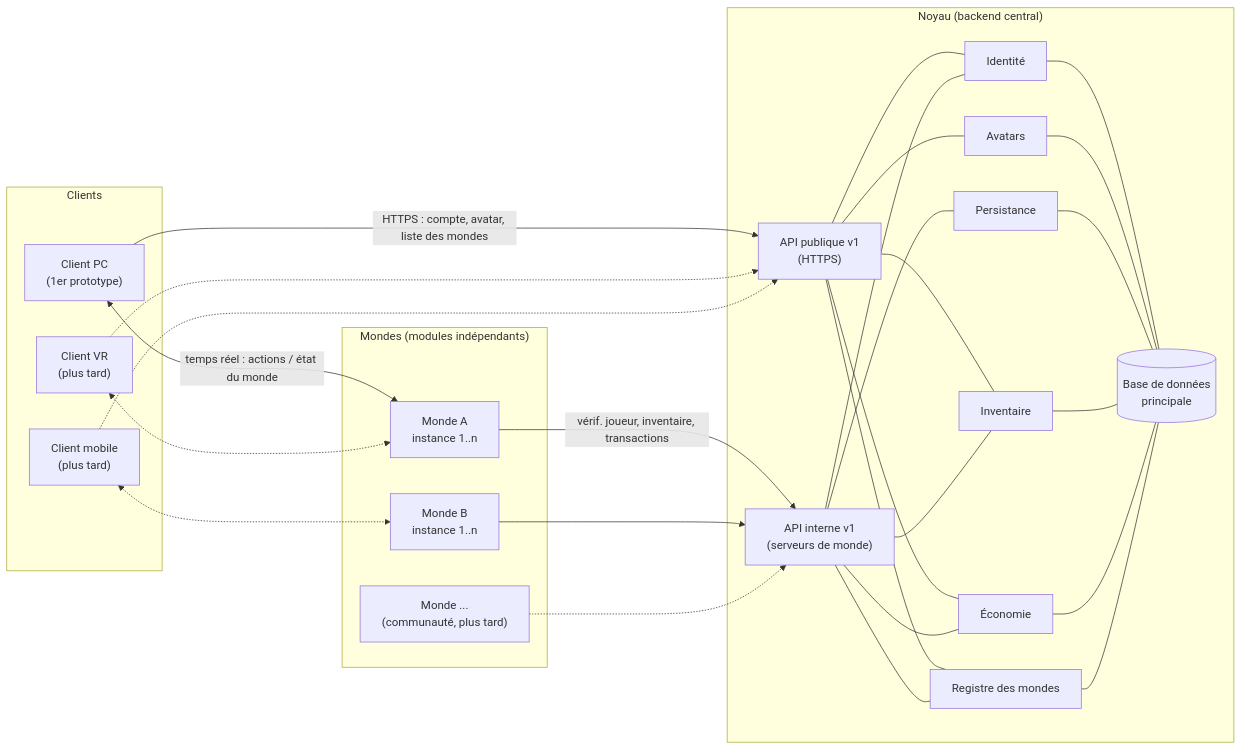
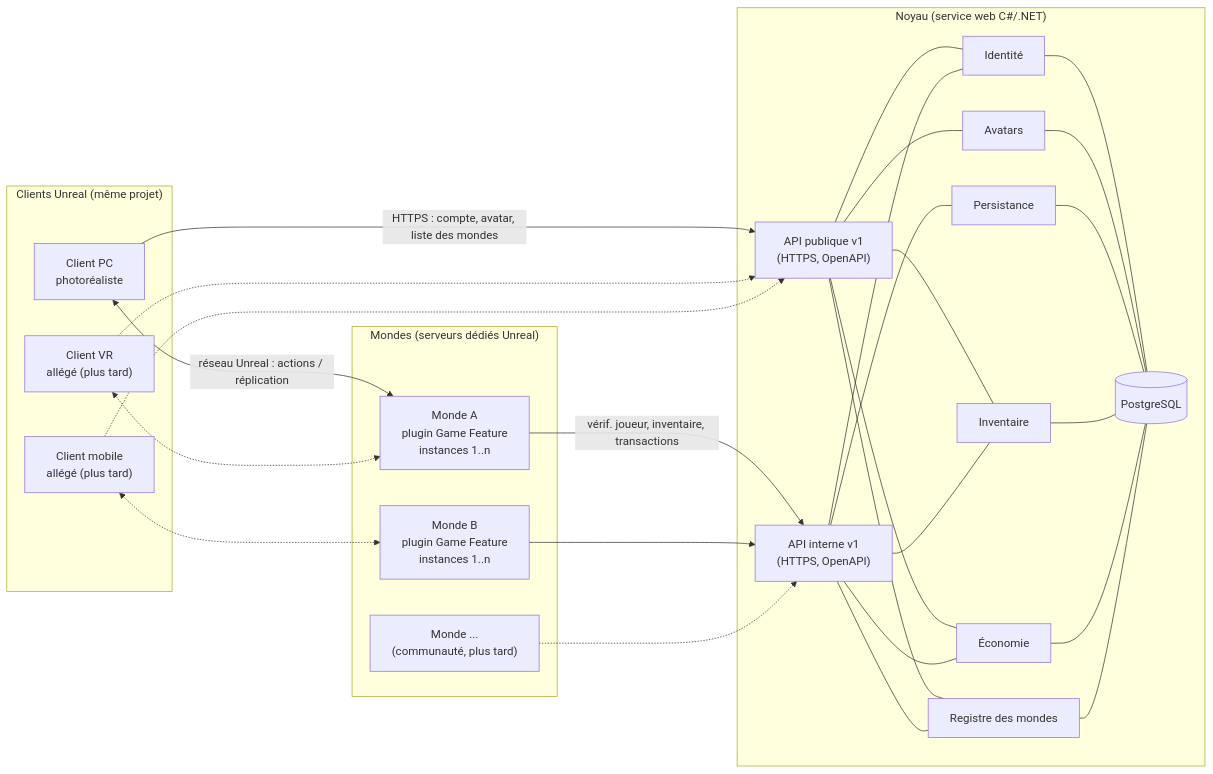
One commit to julien03000/Eudoria changed the first of 2 diagrams in docs/ARCHITECTURE.md. Above: the diagram before and after it, drawn with Mermaid. The commit also changed other lines of this file and 10 other files, not shown here.

First line of the commit message:
docs(phase-0): switch client engine to Unreal Engine 5

````diff
--- a/docs/ARCHITECTURE.md
+++ b/docs/ARCHITECTURE.md
@@ -71,42 +72,42 @@
 ```mermaid
 flowchart LR
-    subgraph Clients["Clients"]
-        PC["Client PC<br/>(1er prototype)"]
-        VR["Client VR<br/>(plus tard)"]
-        MOB["Client mobile<br/>(plus tard)"]
+    subgraph Clients["Clients Unreal (même projet)"]
+        PC["Client PC<br/>photoréaliste"]
+        VR["Client VR<br/>allégé (plus tard)"]
+        MOB["Client mobile<br/>allégé (plus tard)"]
     end
 
-    subgraph Noyau["Noyau (backend central)"]
-        API["API publique v1<br/>(HTTPS)"]
+    subgraph Noyau["Noyau (service web C#/.NET)"]
+        API["API publique v1<br/>(HTTPS, OpenAPI)"]
         ID["Identité"]
         AV["Avatars"]
         PERS["Persistance"]
         INV["Inventaire"]
         ECO["Économie"]
         REG["Registre des mondes"]
-        INT["API interne v1<br/>(serveurs de monde)"]
-        DB[("Base de données<br/>principale")]
+        INT["API interne v1<br/>(HTTPS, OpenAPI)"]
+        DB[("PostgreSQL")]
     end
 
-    subgraph Mondes["Mondes (modules indépendants)"]
-        W1["Monde A<br/>instance 1..n"]
-        W2["Monde B<br/>instance 1..n"]
+    subgraph Mondes["Mondes (serveurs dédiés Unreal)"]
+        W1["Monde A<br/>plugin Game Feature<br/>instances 1..n"]
+        W2["Monde B<br/>plugin Game Feature<br/>instances 1..n"]
         WN["Monde ...<br/>(communauté, plus tard)"]
     end
 
     PC -- "HTTPS : compte, avatar, liste des mondes" --> API
     VR -.-> API
     MOB -.-> API
 
-    PC <-- "temps réel : actions / état du monde" --> W1
+    PC <-- "réseau Unreal : actions / réplication" --> W1
     VR <-.-> W1
     MOB <-.-> W2
 
     API --- ID & AV & INV & ECO & REG
     ID & AV & PERS & INV & ECO & REG --- DB
 
     W1 -- "vérif. joueur, inventaire, transactions" --> INT
     W2 --> INT
     WN -.-> INT
     INT --- ID & PERS & INV & ECO & REG
 ```
````
